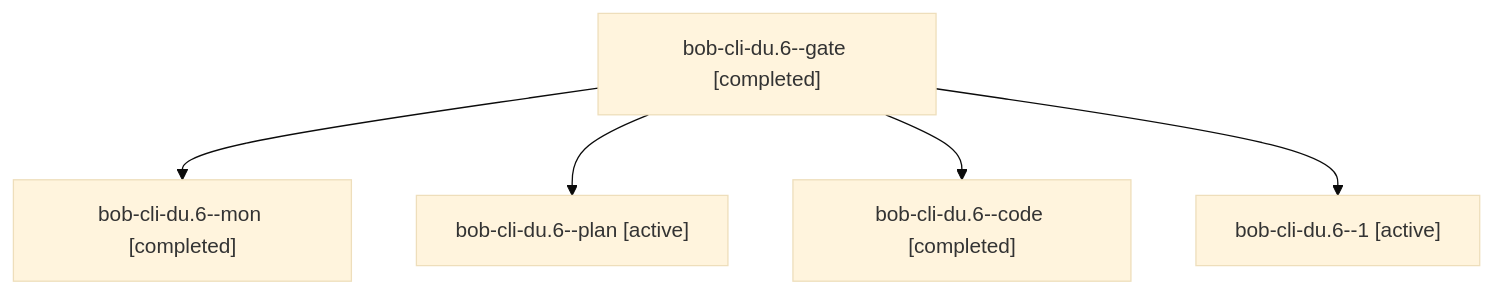
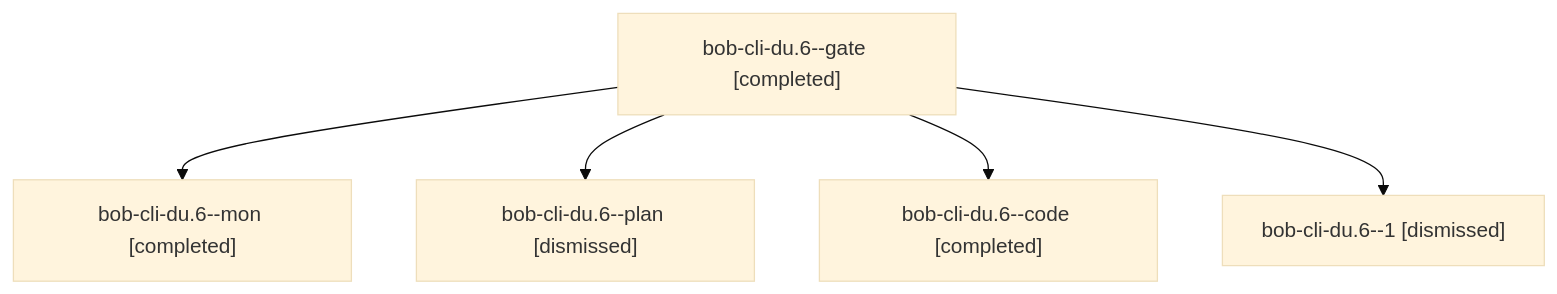
Before and after one commit to bobs-org/bob-cli--agents: the diagram in sessions/bbugyi200.apollo.bob-cli-du.6.md, drawn with Mermaid (base theme). The commit also changed other lines of this file and 212 other files, not shown here.

````diff
--- a/sessions/bbugyi200.apollo.bob-cli-du.6.md
+++ b/sessions/bbugyi200.apollo.bob-cli-du.6.md
@@ -9,12 +9,12 @@
 ```mermaid
 flowchart TD
   n0["bob-cli-du.6--gate [completed]"]
   n1["bob-cli-du.6--mon [completed]"]
   n0 --> n1
-  n2["bob-cli-du.6--plan [active]"]
+  n2["bob-cli-du.6--plan [dismissed]"]
   n0 --> n2
   n3["bob-cli-du.6--code [completed]"]
   n0 --> n3
-  n4["bob-cli-du.6--1 [active]"]
+  n4["bob-cli-du.6--1 [dismissed]"]
   n0 --> n4
 ```
````
